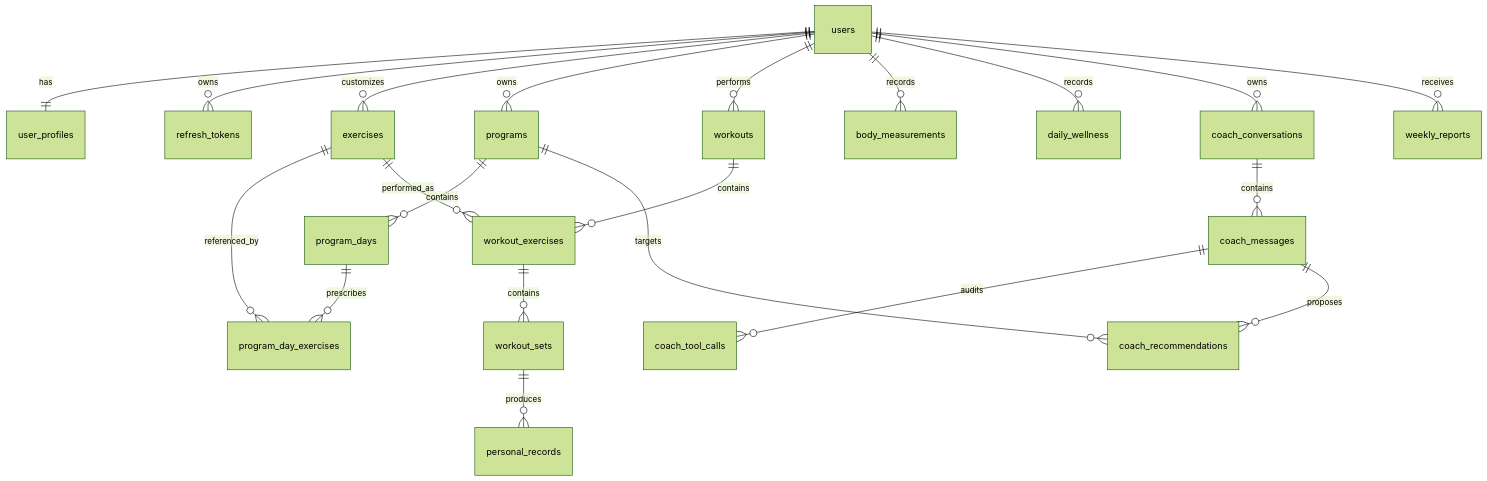
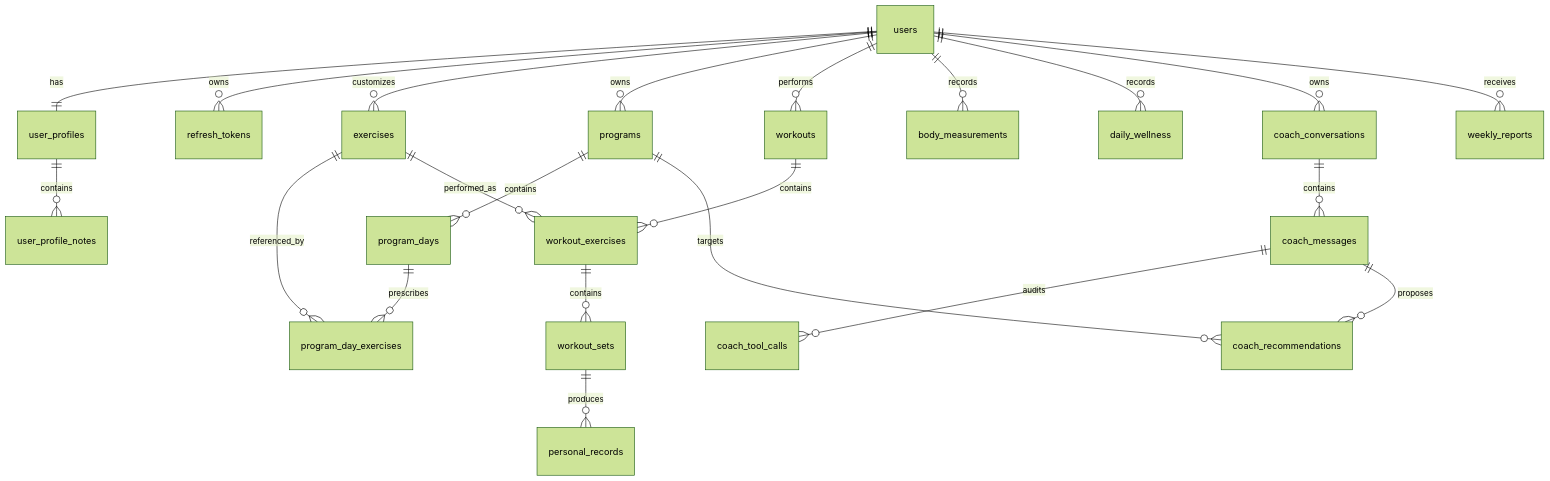
One commit to zxCroshka/GymTrackerAI changed the diagram in docs/database-schema.md. Above: the diagram before and after it, drawn with Mermaid (forest theme). The commit also changed other lines of this file and 43 other files, not shown here.

Commit message:
feat: implement authentication and user profiles

````diff
--- a/docs/database-schema.md
+++ b/docs/database-schema.md
@@ -38,23 +38,24 @@
 ```mermaid
 erDiagram
     users ||--|| user_profiles : has
+    user_profiles ||--o{ user_profile_notes : contains
     users ||--o{ refresh_tokens : owns
     users ||--o{ exercises : customizes
     users ||--o{ programs : owns
     programs ||--o{ program_days : contains
     program_days ||--o{ program_day_exercises : prescribes
     exercises ||--o{ program_day_exercises : referenced_by
     users ||--o{ workouts : performs
     workouts ||--o{ workout_exercises : contains
     workout_exercises ||--o{ workout_sets : contains
     exercises ||--o{ workout_exercises : performed_as
     workout_sets ||--o{ personal_records : produces
     users ||--o{ body_measurements : records
     users ||--o{ daily_wellness : records
     users ||--o{ coach_conversations : owns
     coach_conversations ||--o{ coach_messages : contains
     coach_messages ||--o{ coach_tool_calls : audits
     coach_messages ||--o{ coach_recommendations : proposes
     programs ||--o{ coach_recommendations : targets
     users ||--o{ weekly_reports : receives
 ```
````
